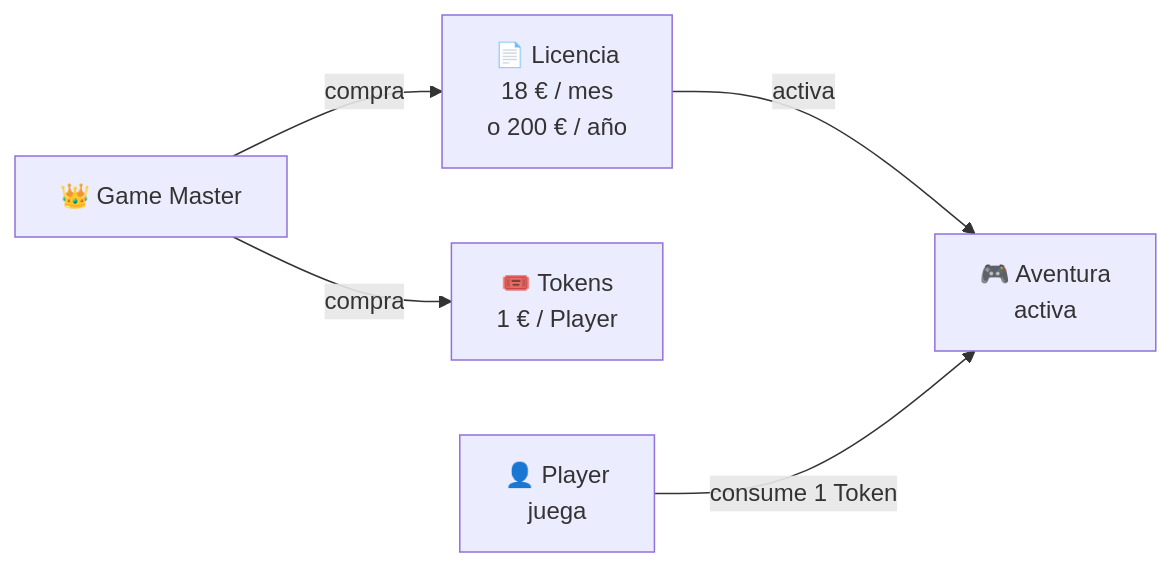
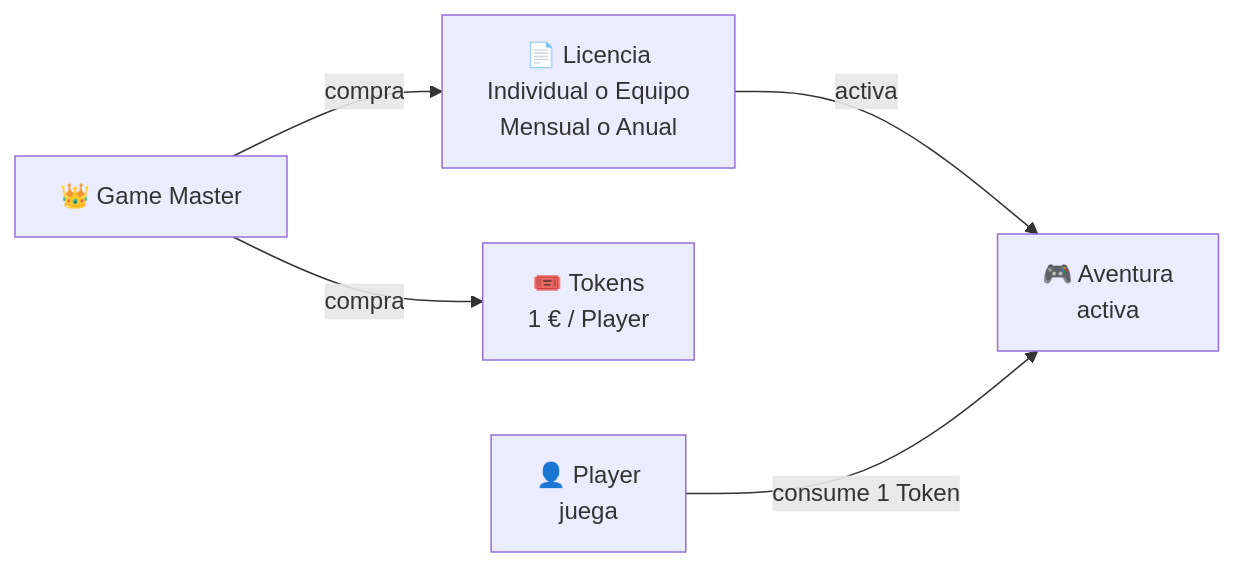
One commit to adventuriq/adventuriq.github.io changed the diagram in docs/tokens.md. Above: the diagram before and after it, drawn with Mermaid. The commit also changed other lines of this file, not shown here.

````diff
--- a/docs/tokens.md
+++ b/docs/tokens.md
@@ -20,13 +20,13 @@
 ```mermaid
 flowchart LR
     GM["👑 Game Master"]
-    LIC["📄 Licencia<br/>18 € / mes<br/>o 200 € / año"]
+    LIC["📄 Licencia<br/>Individual o Equipo<br/>Mensual o Anual"]
     TOK["🎟️ Tokens<br/>1 € / Player"]
     AVE["🎮 Aventura<br/>activa"]
     PL["👤 Player<br/>juega"]
 
     GM -->|"compra"| LIC
     GM -->|"compra"| TOK
     LIC -->|"activa"| AVE
     PL -->|"consume 1 Token"| AVE
 ```
````
